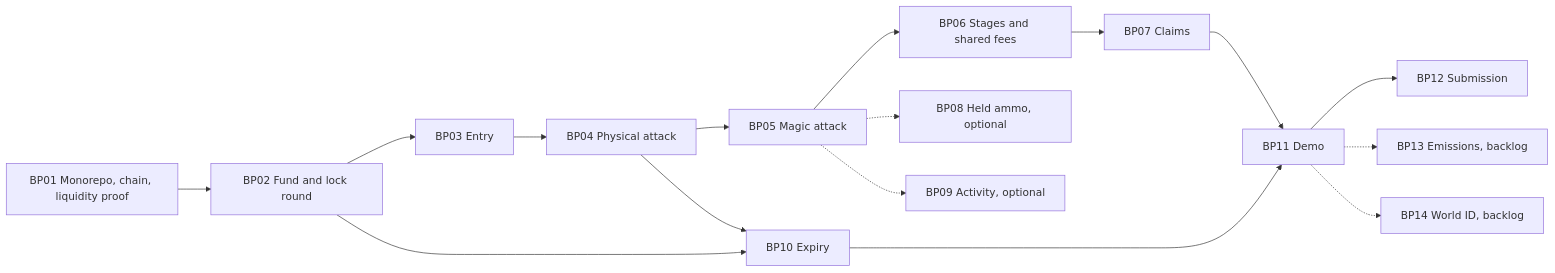
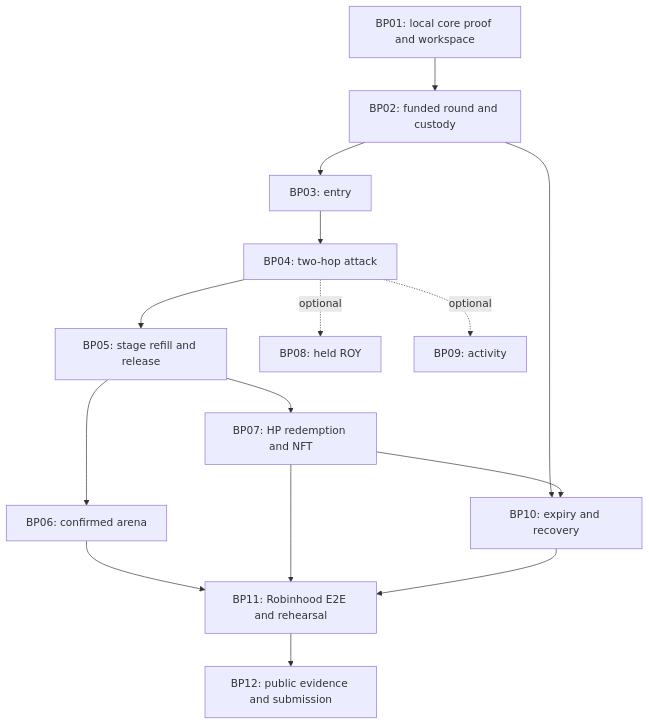
One commit to 0xroylee/eth-global-2026-tokyo changed the diagram in docs/delivery-plan.md. Above: the diagram before and after it, drawn with Mermaid. The commit also changed other lines of this file and 12 other files, not shown here.

````diff
--- a/docs/delivery-plan.md
+++ b/docs/delivery-plan.md
@@ -40,18 +75,17 @@
 ```mermaid
-flowchart LR
-    A[BP01 Monorepo, chain, liquidity proof] --> B[BP02 Fund and lock round]
-    B --> C[BP03 Entry]
-    C --> D[BP04 Physical attack]
-    D --> E[BP05 Magic attack]
-    E --> F[BP06 Stages and shared fees]
-    F --> G[BP07 Claims]
-    E -.-> H[BP08 Held ammo, optional]
-    E -.-> I[BP09 Activity, optional]
-    B --> J[BP10 Expiry]
-    D --> J
-    G --> K[BP11 Demo]
-    J --> K
-    K --> L[BP12 Submission]
-    K -.-> M[BP13 Emissions, backlog]
-    K -.-> N[BP14 World ID, backlog]
+flowchart TD
+    A["BP01: local core proof and workspace"] --> B["BP02: funded round and custody"]
+    B --> C["BP03: entry"]
+    C --> D["BP04: two-hop attack"]
+    D --> E["BP05: stage refill and release"]
+    E --> F["BP06: confirmed arena"]
+    E --> G["BP07: HP redemption and NFT"]
+    B --> H["BP10: expiry and recovery"]
+    G --> H
+    F --> I["BP11: Robinhood E2E and rehearsal"]
+    G --> I
+    H --> I
+    I --> J["BP12: public evidence and submission"]
+    D -. optional .-> K["BP08: held ROY"]
+    D -. optional .-> L["BP09: activity"]
 ```
````
